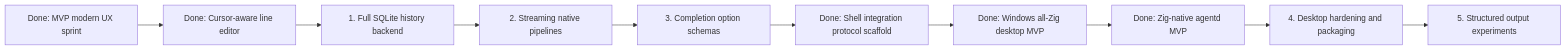
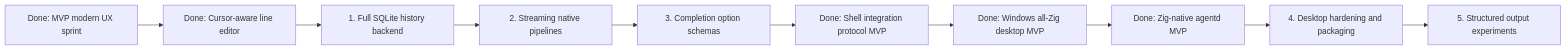
Before and after one commit to PascalAI2024/ZiggyZag: the diagram in docs/ROADMAP.md, drawn with Mermaid. The commit also changed 20 other files, not shown here.

````diff
--- a/docs/ROADMAP.md
+++ b/docs/ROADMAP.md
@@ -29,12 +29,12 @@
 ```mermaid
 flowchart LR
     a["Done: MVP modern UX sprint"] --> b["Done: Cursor-aware line editor"]
     b --> c["1. Full SQLite history backend"]
     c --> d["2. Streaming native pipelines"]
     d --> e["3. Completion option schemas"]
-    e --> f["Done: Shell integration protocol scaffold"]
+    e --> f["Done: Shell integration protocol MVP"]
     f --> g["Done: Windows all-Zig desktop MVP"]
     g --> h["Done: Zig-native agentd MVP"]
     h --> i["4. Desktop hardening and packaging"]
     i --> j["5. Structured output experiments"]
 ```
````
